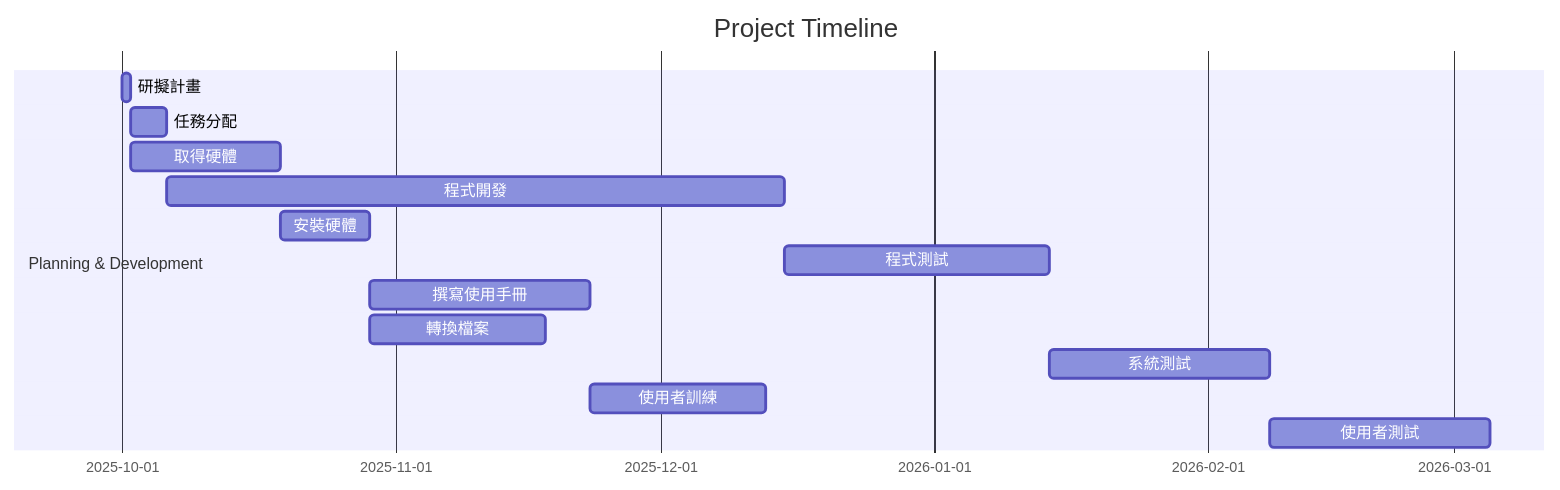
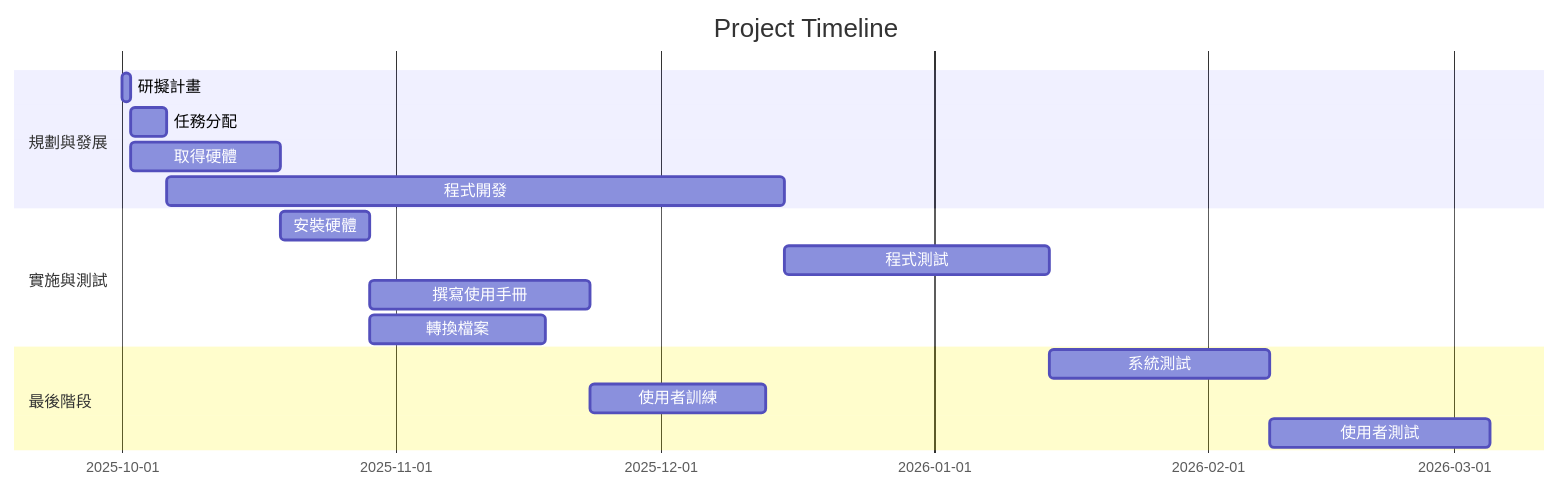
One commit to hong-wei-qi/system-analysis-and-design changed the diagram in hw2.md. Above: the diagram before and after it, drawn with Mermaid.

````diff
--- a/hw2.md
+++ b/hw2.md
@@ -2,17 +2,19 @@
 ```mermaid
 gantt
     title Project Timeline
 
-    section Planning & Development
+    section 規劃與發展
     研擬計畫        : Task1, 2025-10-01, 1d
     任務分配        : Task2, after Task1, 4d
     取得硬體        : Task3, after Task1, 17d
     程式開發        : Task4, after Task2, 70d
+    section 實施與測試
     安裝硬體        : Task5, after Task3, 10d
     程式測試        : Task6, after Task4, 30d
     撰寫使用手冊    : Task7, after Task5, 25d
     轉換檔案        : Task8, after Task5, 20d
+    section 最後階段
     系統測試        : Task9, after Task6, 25d
     使用者訓練      : Task10, after Task7, 20d
     使用者測試      : Task11, after Task9, 25d
 ```
````
